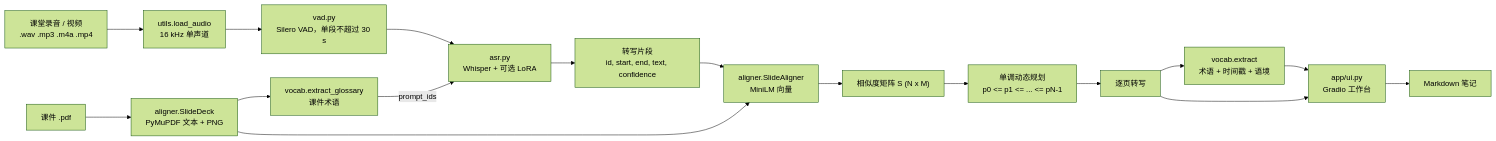
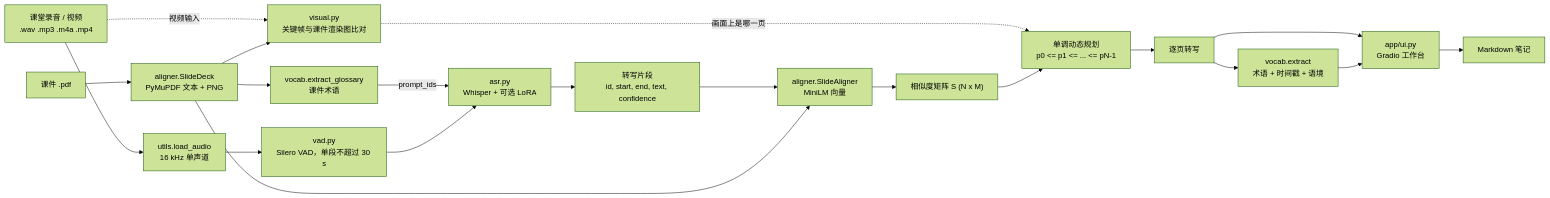
One commit to KristianLi/LectureSync-ASR changed the diagram in README.zh-CN.md. Above: the diagram before and after it, drawn with Mermaid (forest theme). The commit also changed other lines of this file and 9 other files, not shown here.

````diff
--- a/README.zh-CN.md
+++ b/README.zh-CN.md
@@ -42,19 +44,22 @@
 ```mermaid
 flowchart LR
     A["课堂录音 / 视频<br/>.wav .mp3 .m4a .mp4"] --> B["utils.load_audio<br/>16 kHz 单声道"]
     B --> C["vad.py<br/>Silero VAD，单段不超过 30 s"]
     P["课件 .pdf"] --> D["aligner.SlideDeck<br/>PyMuPDF 文本 + PNG"]
     D --> G["vocab.extract_glossary<br/>课件术语"]
     G -- "prompt_ids" --> W
     C --> W["asr.py<br/>Whisper + 可选 LoRA"]
     W --> T["转写片段<br/>id, start, end, text, confidence"]
     T --> E["aligner.SlideAligner<br/>MiniLM 向量"]
     D --> E
     E --> S["相似度矩阵 S (N x M)"]
+    A -. "视频输入" .-> VF["visual.py<br/>关键帧与课件渲染图比对"]
+    D --> VF
+    VF -. "画面上是哪一页" .-> DP
     S --> DP["单调动态规划<br/>p0 <= p1 <= ... <= pN-1"]
     DP --> R["逐页转写"]
     R --> X["vocab.extract<br/>术语 + 时间戳 + 语境"]
     R --> UI["app/ui.py<br/>Gradio 工作台"]
     X --> UI
     UI --> MD["Markdown 笔记"]
 ```
````
